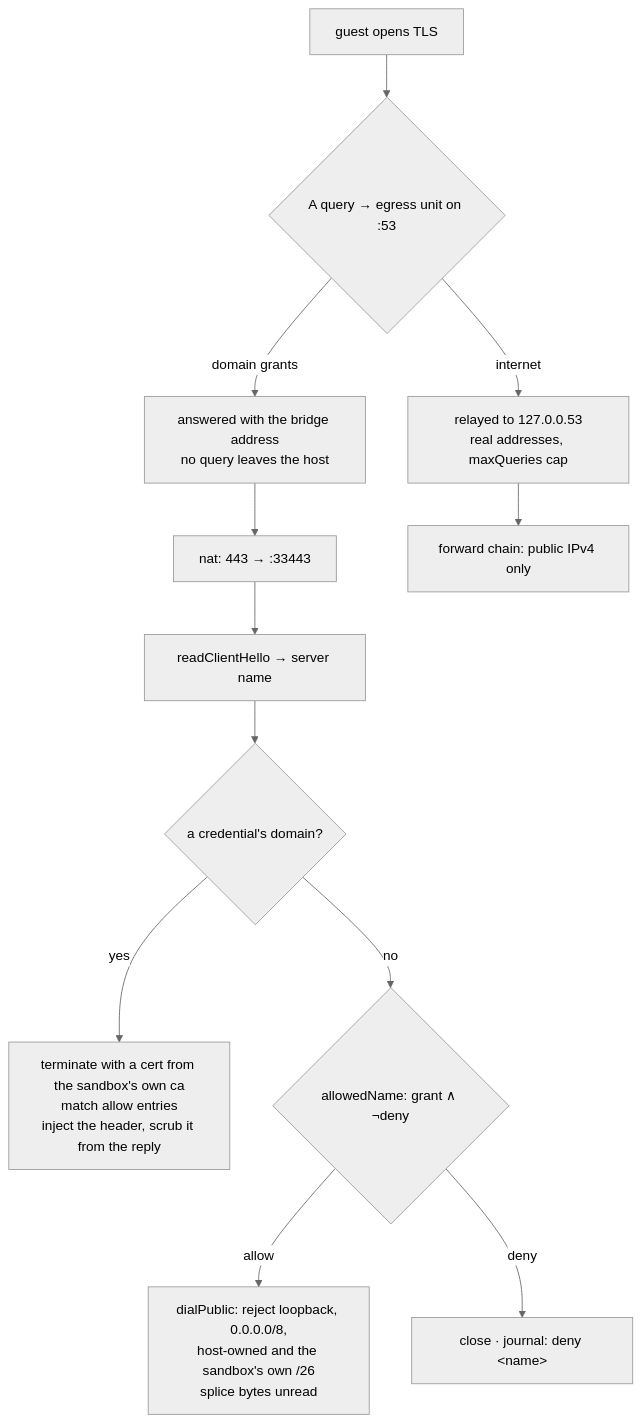
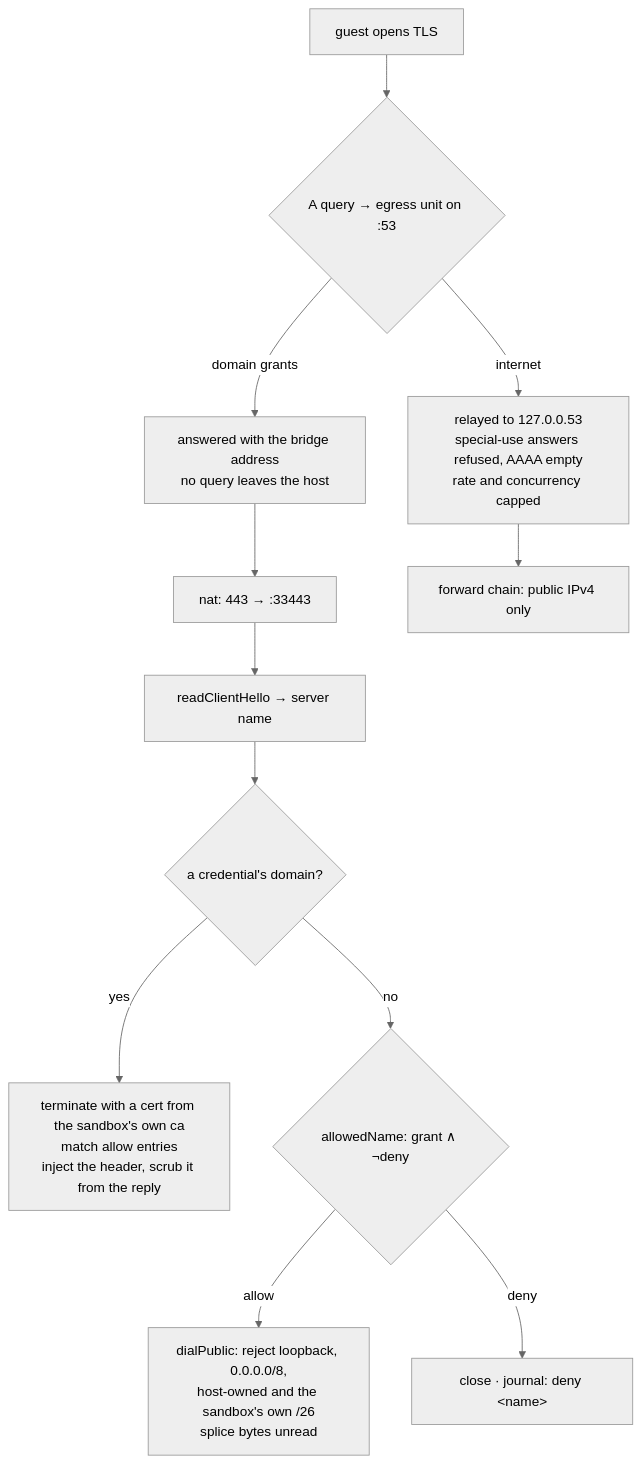
The first of 2 diagrams in docs/overview.md (fosskar/fencr), drawn with Mermaid (neutral theme) before and after one commit. The commit also changed other lines of this file and 4 other files, not shown here.

````diff
--- a/docs/overview.md
+++ b/docs/overview.md
@@ -53,14 +54,14 @@
 ```mermaid
 flowchart TD
   G["guest opens TLS"] --> R{"A query → egress unit on :53"}
   R -->|domain grants| B["answered with the bridge address<br/>no query leaves the host"]
-  R -->|"internet"| S["relayed to 127.0.0.53<br/>real addresses, maxQueries cap"]
+  R -->|"internet"| S["relayed to 127.0.0.53<br/>special-use answers refused, AAAA empty<br/>rate and concurrency capped"]
   B --> N["nat: 443 → :33443"]
   S --> F["forward chain: public IPv4 only"]
   N --> H["readClientHello → server name"]
   H --> C{"a credential's domain?"}
   C -->|yes| T["terminate with a cert from the sandbox's own ca<br/>match allow entries<br/>inject the header, scrub it from the reply"]
   C -->|no| A{"allowedName: grant ∧ ¬deny"}
   A -->|allow| P["dialPublic: reject loopback, 0.0.0.0/8,<br/>host-owned and the sandbox's own /26<br/>splice bytes unread"]
   A -->|deny| X["close · journal: deny &lt;name&gt;"]
 ```
````
